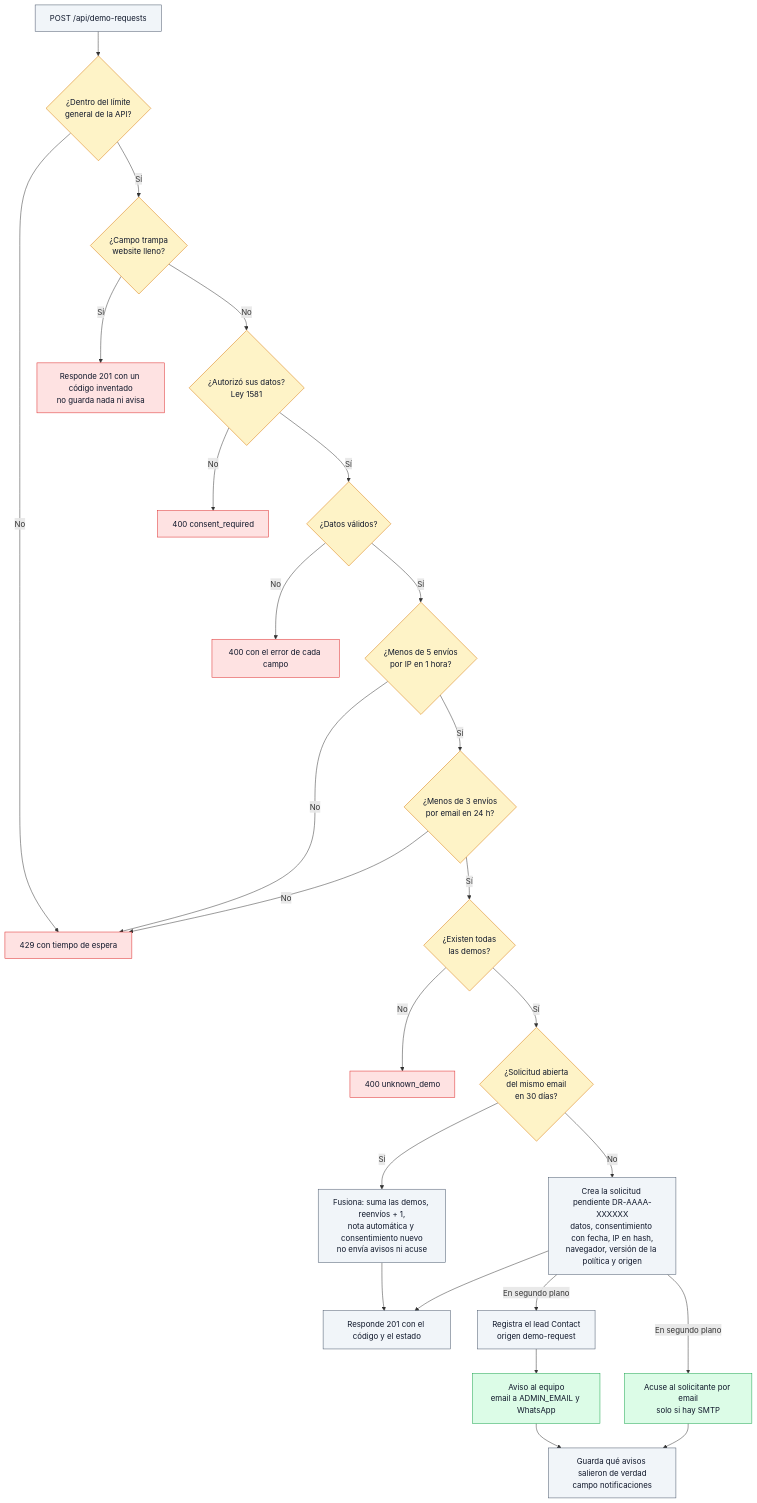
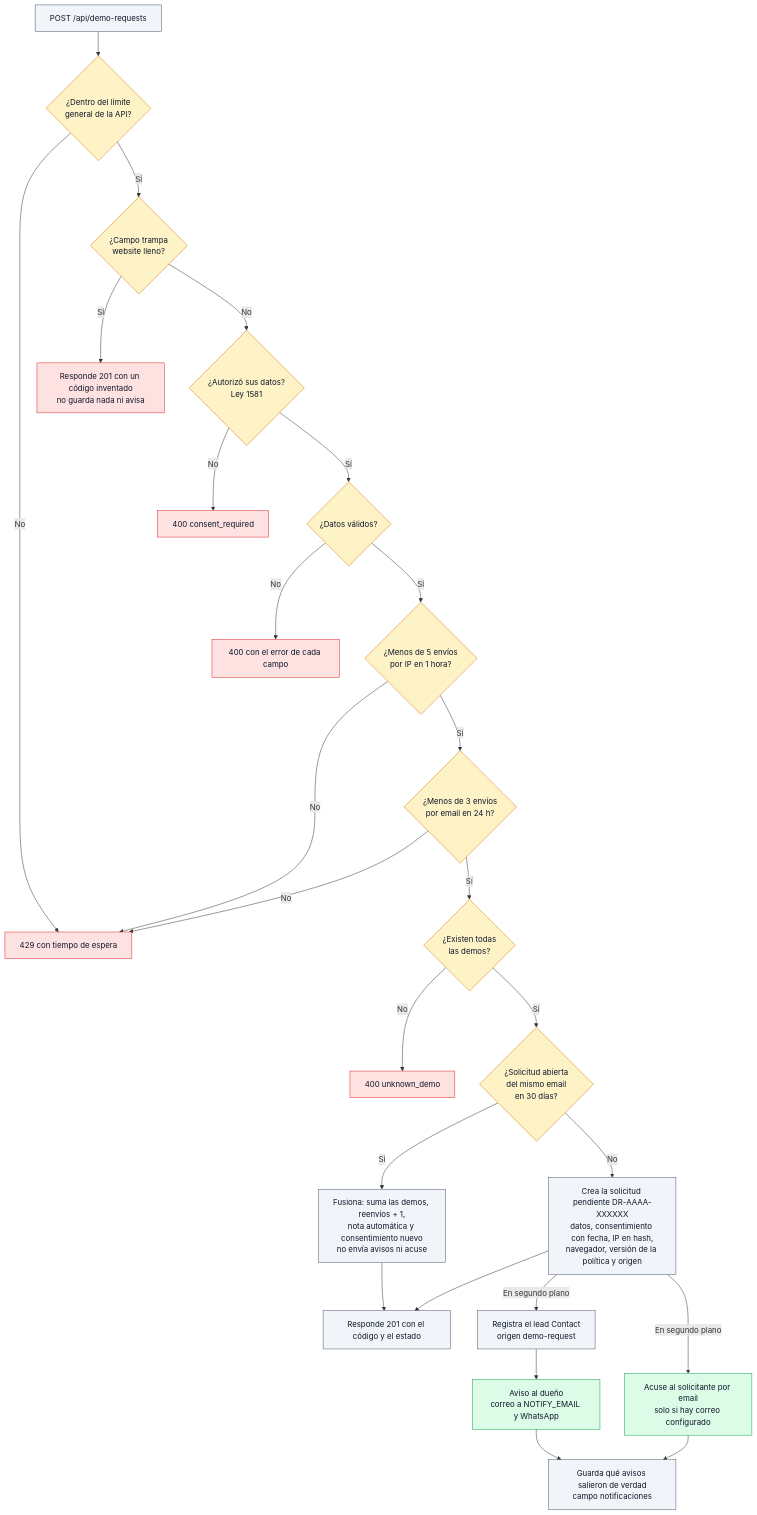
Before and after one commit to ronalc90/koptup: the fourth of 18 diagrams in docs/wiki/Doc-14-1-Flujos-de-Negocio.md, drawn with Mermaid. The commit also changed other lines of this file and 45 other files, not shown here.

First line of the commit message:
docs(avisos): configuración de Resend y de la plantilla de WhatsApp, operación y wiki

````diff
--- a/docs/wiki/Doc-14-1-Flujos-de-Negocio.md
+++ b/docs/wiki/Doc-14-1-Flujos-de-Negocio.md
@@ -231,52 +231,52 @@
 ```mermaid
 flowchart TD
     classDef visitante fill:#dbeafe,stroke:#2563eb,color:#0f172a
     classDef sistema fill:#f1f5f9,stroke:#475569,color:#0f172a
     classDef admin fill:#f3e8ff,stroke:#9333ea,color:#0f172a
     classDef aviso fill:#dcfce7,stroke:#16a34a,color:#0f172a
     classDef decision fill:#fef3c7,stroke:#d97706,color:#0f172a
     classDef error fill:#fee2e2,stroke:#dc2626,color:#0f172a
     classDef externo fill:#fdf4ff,stroke:#c026d3,color:#0f172a
 
     P["POST /api/demo-requests"]:::sistema
     G{"¿Dentro del límite<br/>general de la API?"}:::decision
     HP{"¿Campo trampa<br/>website lleno?"}:::decision
     HPB["Responde 201 con un código inventado<br/>no guarda nada ni avisa"]:::error
     CS{"¿Autorizó sus datos?<br/>Ley 1581"}:::decision
     Z{"¿Datos válidos?"}:::decision
     LIP{"¿Menos de 5 envíos<br/>por IP en 1 hora?"}:::decision
     LEM{"¿Menos de 3 envíos<br/>por email en 24 h?"}:::decision
     DE{"¿Existen todas<br/>las demos?"}:::decision
     MG{"¿Solicitud abierta<br/>del mismo email<br/>en 30 días?"}:::decision
     FUS["Fusiona: suma las demos, reenvíos + 1,<br/>nota automática y consentimiento nuevo<br/>no envía avisos ni acuse"]:::sistema
     NEW["Crea la solicitud pendiente DR-AAAA-XXXXXX<br/>datos, consentimiento con fecha, IP en hash,<br/>navegador, versión de la política y origen"]:::sistema
     R201["Responde 201 con el código y el estado"]:::sistema
     LEAD["Registra el lead Contact<br/>origen demo-request"]:::sistema
-    AVT["Aviso al equipo<br/>email a ADMIN_EMAIL y WhatsApp"]:::aviso
-    ACK["Acuse al solicitante por email<br/>solo si hay SMTP"]:::aviso
+    AVT["Aviso al dueño<br/>correo a NOTIFY_EMAIL y WhatsApp"]:::aviso
+    ACK["Acuse al solicitante por email<br/>solo si hay correo configurado"]:::aviso
     FLAG["Guarda qué avisos salieron de verdad<br/>campo notificaciones"]:::sistema
     E429["429 con tiempo de espera"]:::error
     E400a["400 consent_required"]:::error
     E400b["400 con el error de cada campo"]:::error
     E400c["400 unknown_demo"]:::error
 
     P --> G
     G -->|No| E429
     G -->|Sí| HP
     HP -->|Sí| HPB
     HP -->|No| CS
     CS -->|No| E400a
     CS -->|Sí| Z
     Z -->|No| E400b
     Z -->|Sí| LIP
     LIP -->|No| E429
     LIP -->|Sí| LEM
     LEM -->|No| E429
     LEM -->|Sí| DE
     DE -->|No| E400c
     DE -->|Sí| MG
     MG -->|Sí| FUS --> R201
     MG -->|No| NEW --> R201
     NEW -->|En segundo plano| LEAD --> AVT --> FLAG
     NEW -->|En segundo plano| ACK --> FLAG
 ```
````
